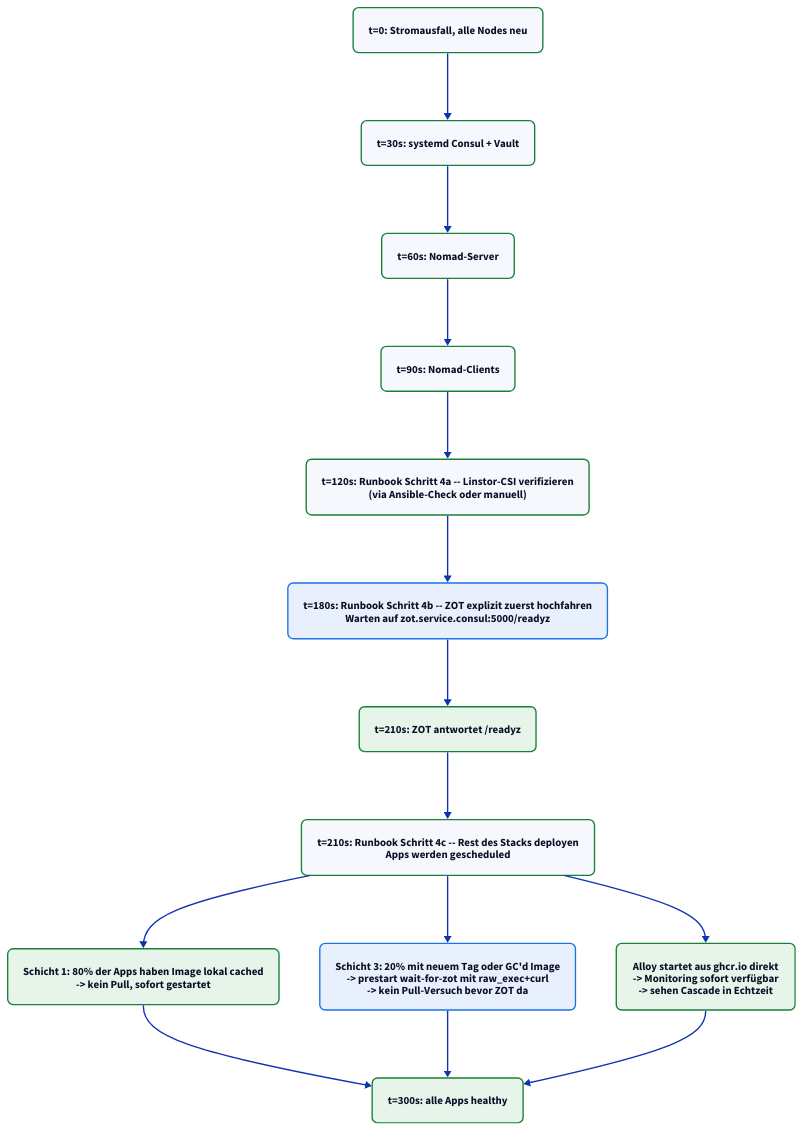
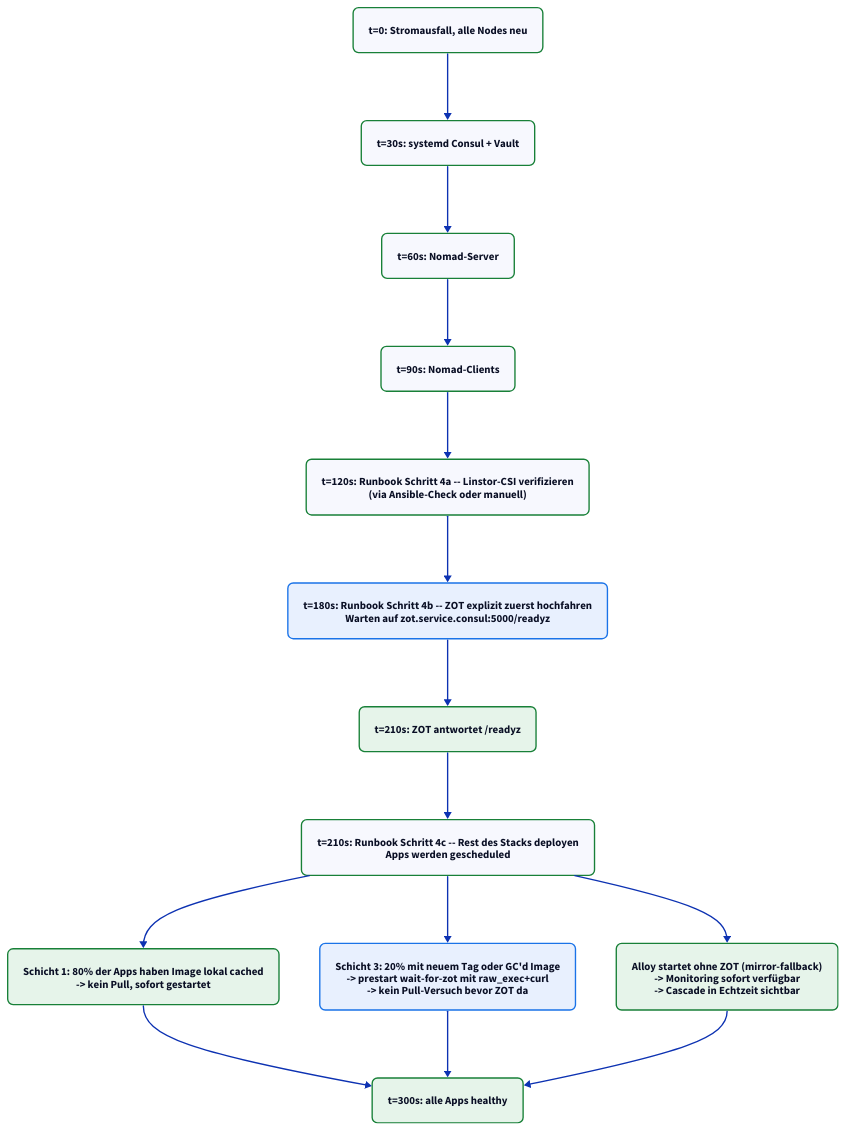
Before and after one commit to derever-labs/homelab-wiki: the fourth of 7 diagrams in docs/_querschnitt/cluster-resilience.md, drawn with D2. The commit also changed other lines of this file and 4 other files, not shown here.

First line of the commit message:
docs(querschnitt): Diagramme fuer TALA ueberarbeiten (Batch B1) (#102)

````diff
--- a/docs/_querschnitt/cluster-resilience.md
+++ b/docs/_querschnitt/cluster-resilience.md
@@ -244,38 +245,38 @@
 ```d2
 direction: down
 
 classes: {
   ok: { style: { border-radius: 8; stroke: "#188038" } }
   wait: { style: { border-radius: 8; stroke: "#1a73e8"; fill: "#e8f0fe" } }
   done: { style: { border-radius: 8; stroke: "#188038"; fill: "#e6f4ea" } }
 }
 
 t1: "t=0: Stromausfall, alle Nodes neu" { class: ok }
 t2: "t=30s: systemd Consul + Vault" { class: ok }
 t3: "t=60s: Nomad-Server" { class: ok }
 t4: "t=90s: Nomad-Clients" { class: ok }
 
 t5: "t=120s: Runbook Schritt 4a -- Linstor-CSI verifizieren\n(via Ansible-Check oder manuell)" { class: ok }
 
 t6: "t=180s: Runbook Schritt 4b -- ZOT explizit zuerst hochfahren\nWarten auf zot.service.consul:5000/readyz" { class: wait }
 
 t7: "t=210s: ZOT antwortet /readyz" { class: done }
 
 t8: "t=210s: Runbook Schritt 4c -- Rest des Stacks deployen\nApps werden gescheduled" { class: ok }
 
 t9_cache: "Schicht 1: 80% der Apps haben Image lokal cached\n-> kein Pull, sofort gestartet" { class: done }
 
 t9_wait: "Schicht 3: 20% mit neuem Tag oder GC'd Image\n-> prestart wait-for-zot mit raw_exec+curl\n-> kein Pull-Versuch bevor ZOT da" { class: wait }
 
-t10_alloy: "Alloy startet aus ghcr.io direkt\n-> Monitoring sofort verfügbar\n-> sehen Cascade in Echtzeit" { class: done }
+t10_alloy: "Alloy startet ohne ZOT (mirror-fallback)\n-> Monitoring sofort verfügbar\n-> Cascade in Echtzeit sichtbar" { class: done }
 
 t11: "t=300s: alle Apps healthy" { class: done }
 
 t1 -> t2 -> t3 -> t4 -> t5 -> t6 -> t7 -> t8
 t8 -> t9_cache
 t8 -> t9_wait
 t8 -> t10_alloy
 t9_cache -> t11
 t9_wait -> t11
 t10_alloy -> t11
 ```
````
